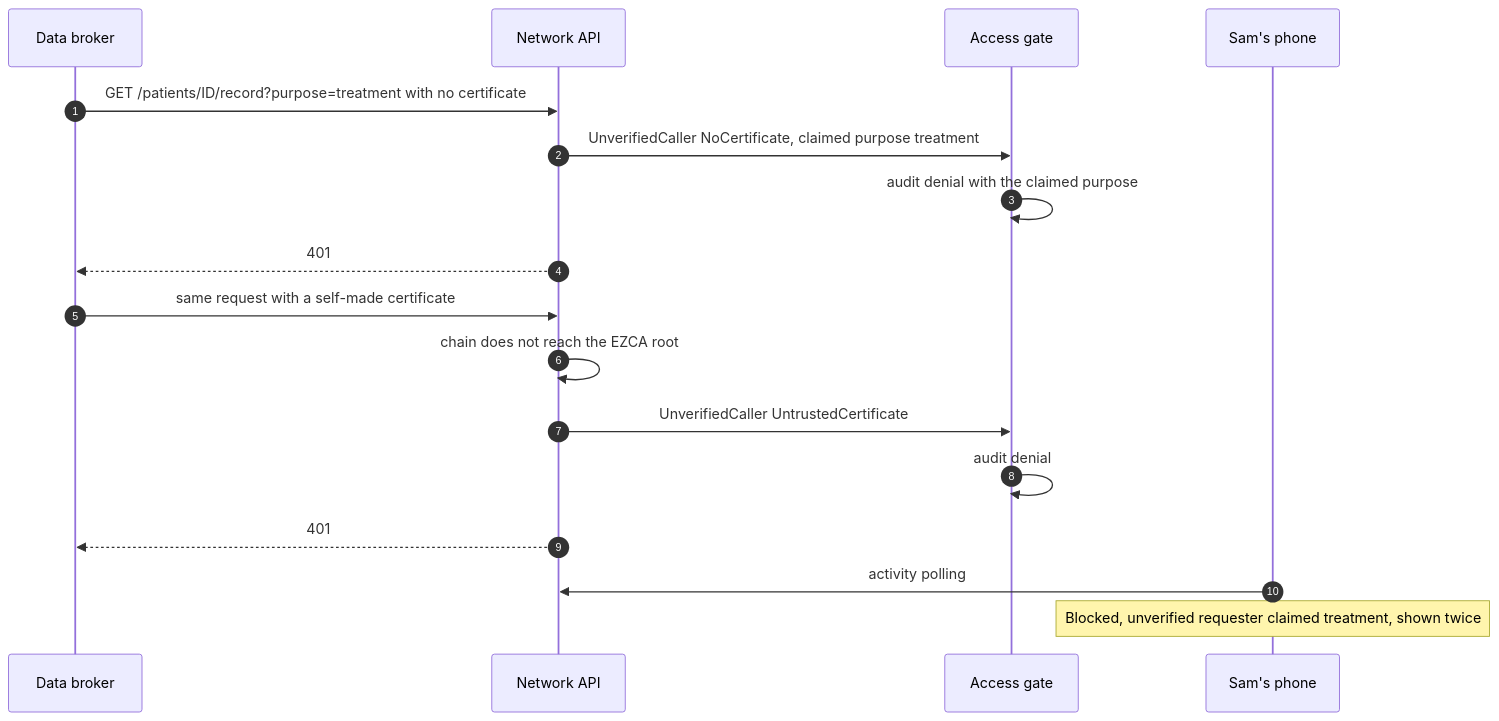
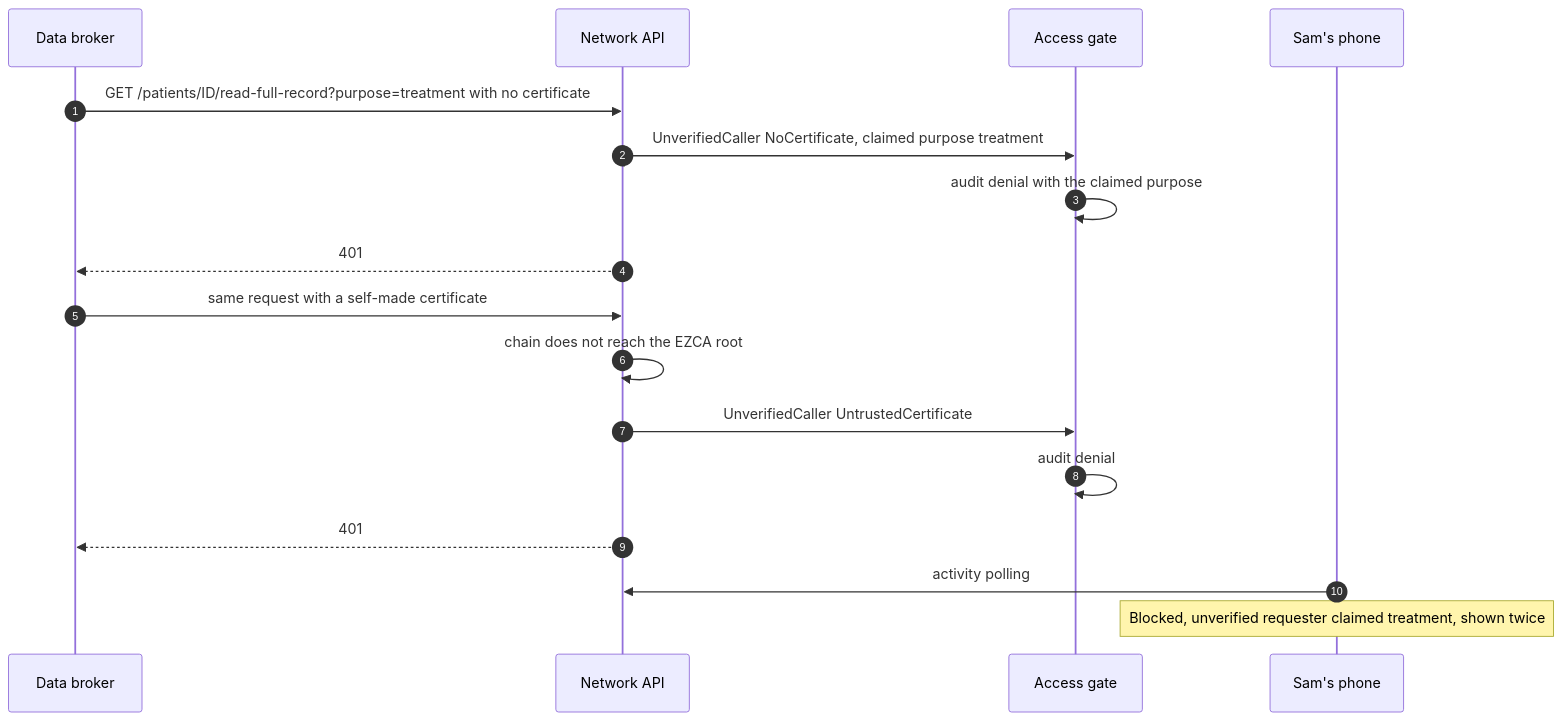
One commit to ParkerHitch/EZEHR changed the tenth of 11 diagrams in docs/auth-flows.md. Above: the diagram before and after it, drawn with Mermaid. The commit also changed other lines of this file and 36 other files, not shown here.

````diff
--- a/docs/auth-flows.md
+++ b/docs/auth-flows.md
@@ -311,19 +321,19 @@
 ```mermaid
 sequenceDiagram
   autonumber
   participant Br as Data broker
   participant Net as Network API
   participant G as Access gate
   participant Ph as Sam's phone
-  Br->>Net: GET /patients/ID/record?purpose=treatment with no certificate
+  Br->>Net: GET /patients/ID/read-full-record?purpose=treatment with no certificate
   Net->>G: UnverifiedCaller NoCertificate, claimed purpose treatment
   G->>G: audit denial with the claimed purpose
   Net-->>Br: 401
   Br->>Net: same request with a self-made certificate
   Net->>Net: chain does not reach the EZCA root
   Net->>G: UnverifiedCaller UntrustedCertificate
   G->>G: audit denial
   Net-->>Br: 401
   Ph->>Net: activity polling
   Note over Ph: Blocked, unverified requester claimed treatment, shown twice
 ```
````
